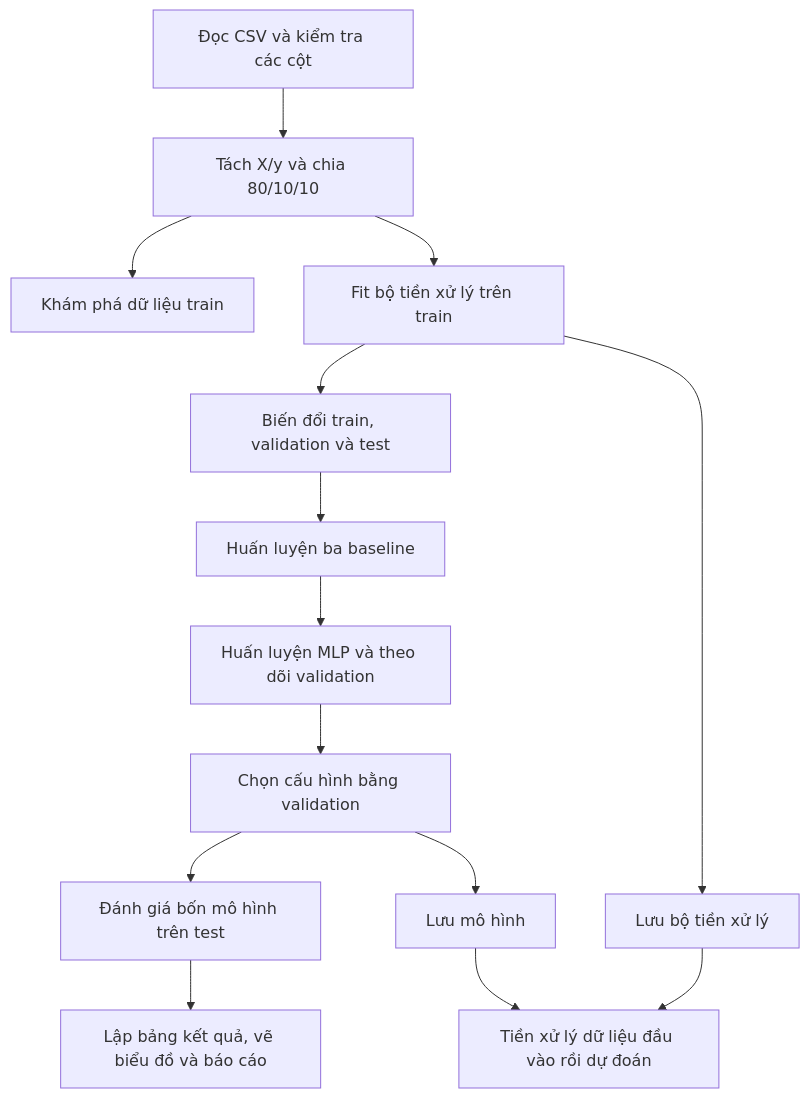
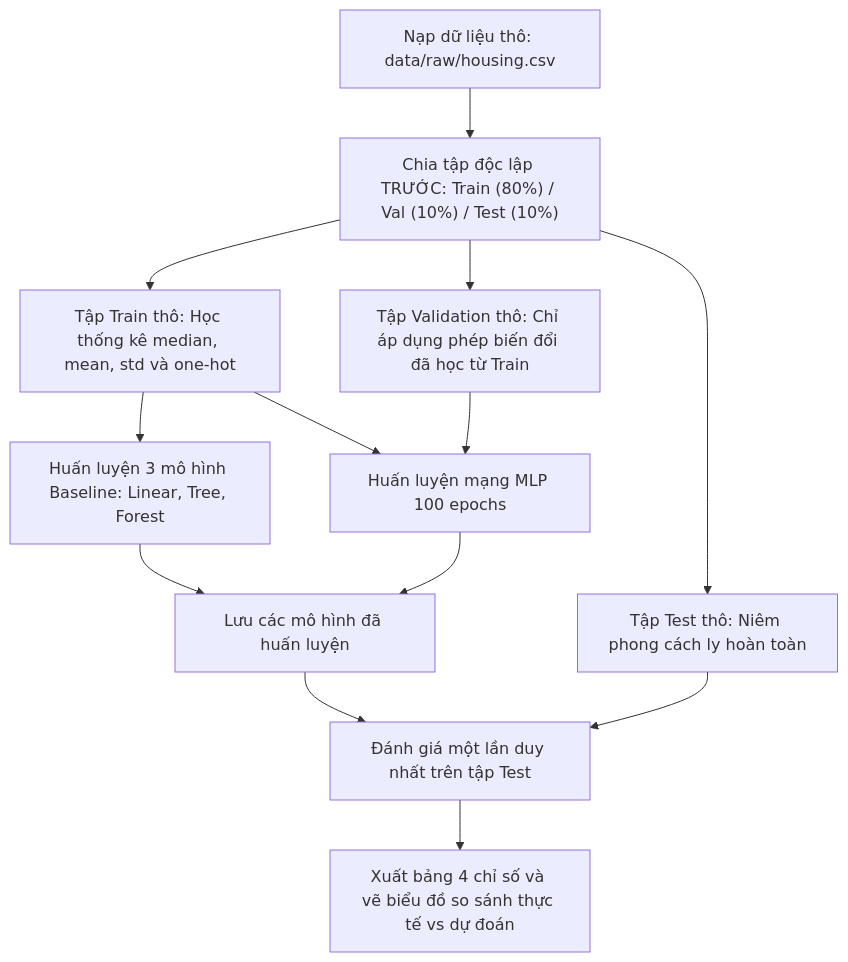
The diagram in docs/design.md (iamtien77/Lab_4-Predicting-House-Prices-), drawn with Mermaid before and after one commit. The commit also changed other lines of this file and 5 other files, not shown here.

Commit message:
docs: cập nhật thiết kế tổng quan 5W1H và bổ sung tài liệu thiết kế các thuật toán

````diff
--- a/docs/design.md
+++ b/docs/design.md
@@ -177,16 +99,15 @@
 ```mermaid
 flowchart TD
-    A[Đọc CSV và kiểm tra các cột] --> B[Tách X/y và chia 80/10/10]
-    B --> C[Khám phá dữ liệu train]
-    B --> D[Fit bộ tiền xử lý trên train]
-    D --> E[Biến đổi train, validation và test]
-    E --> F[Huấn luyện ba baseline]
-    F --> G[Huấn luyện MLP và theo dõi validation]
-    G --> H[Chọn cấu hình bằng validation]
-    H --> I[Đánh giá bốn mô hình trên test]
-    I --> J[Lập bảng kết quả, vẽ biểu đồ và báo cáo]
-    D --> K[Lưu bộ tiền xử lý]
-    H --> L[Lưu mô hình]
-    K --> M[Tiền xử lý dữ liệu đầu vào rồi dự đoán]
-    L --> M
+    A["Nạp dữ liệu thô: data/raw/housing.csv"] --> B["Chia tập độc lập TRƯỚC: Train (80%) / Val (10%) / Test (10%)"]
+    B --> C["Tập Train thô: Học thống kê median, mean, std và one-hot"]
+    B --> D["Tập Validation thô: Chỉ áp dụng phép biến đổi đã học từ Train"]
+    B --> E["Tập Test thô: Niêm phong cách ly hoàn toàn"]
+    C --> F["Huấn luyện 3 mô hình Baseline: Linear, Tree, Forest"]
+    C --> G["Huấn luyện mạng MLP 100 epochs"]
+    D --> G
+    F --> H["Lưu các mô hình đã huấn luyện"]
+    G --> H
+    H --> I["Đánh giá một lần duy nhất trên tập Test"]
+    E --> I
+    I --> J["Xuất bảng 4 chỉ số và vẽ biểu đồ so sánh thực tế vs dự đoán"]
 ```
````
